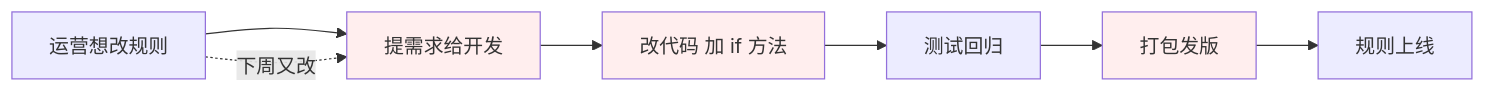
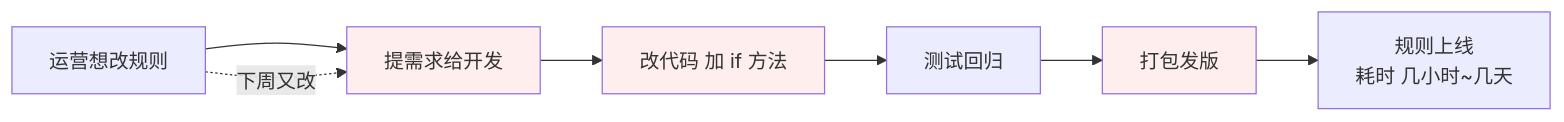
Before and after one commit to chongyang211/YCBookBlog: the first of 8 diagrams in docs/08.编程/03.巧学设计模式/23.解释器模式设计思想.md, drawn with Mermaid. The commit also changed other lines of this file and 13 other files, not shown here.

````diff
--- a/docs/08.编程/03.巧学设计模式/23.解释器模式设计思想.md
+++ b/docs/08.编程/03.巧学设计模式/23.解释器模式设计思想.md
@@ -62,12 +87,12 @@
 ```mermaid
 flowchart LR
     O[运营想改规则] --> D[提需求给开发]
     D --> Code[改代码 加 if 方法]
     Code --> Test[测试回归]
     Test --> Deploy[打包发版]
-    Deploy --> Online[规则上线]
+    Deploy --> Online[规则上线<br/>耗时 几小时~几天]
     O -.下周又改.-> D
     style D fill:#fee
     style Code fill:#fee
     style Deploy fill:#fee
 ```
````
